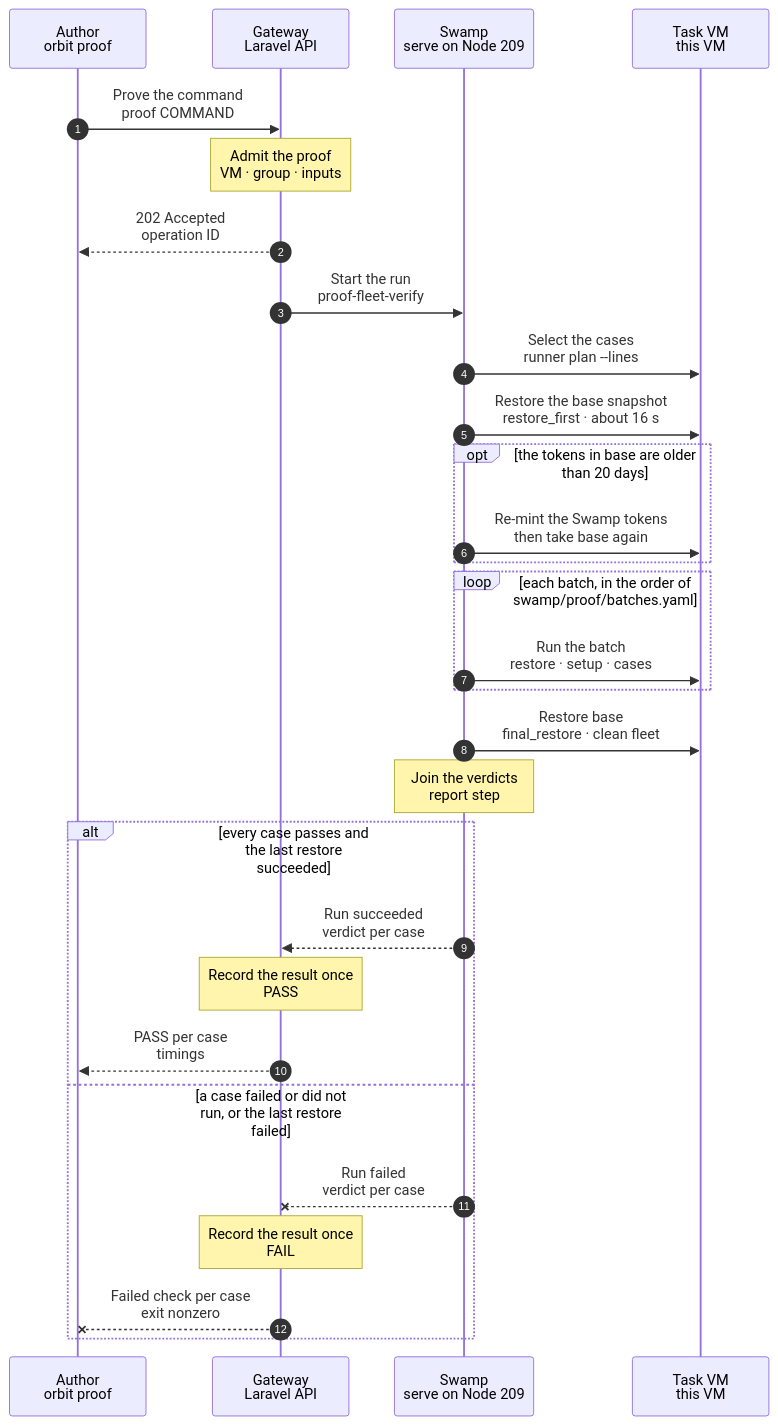
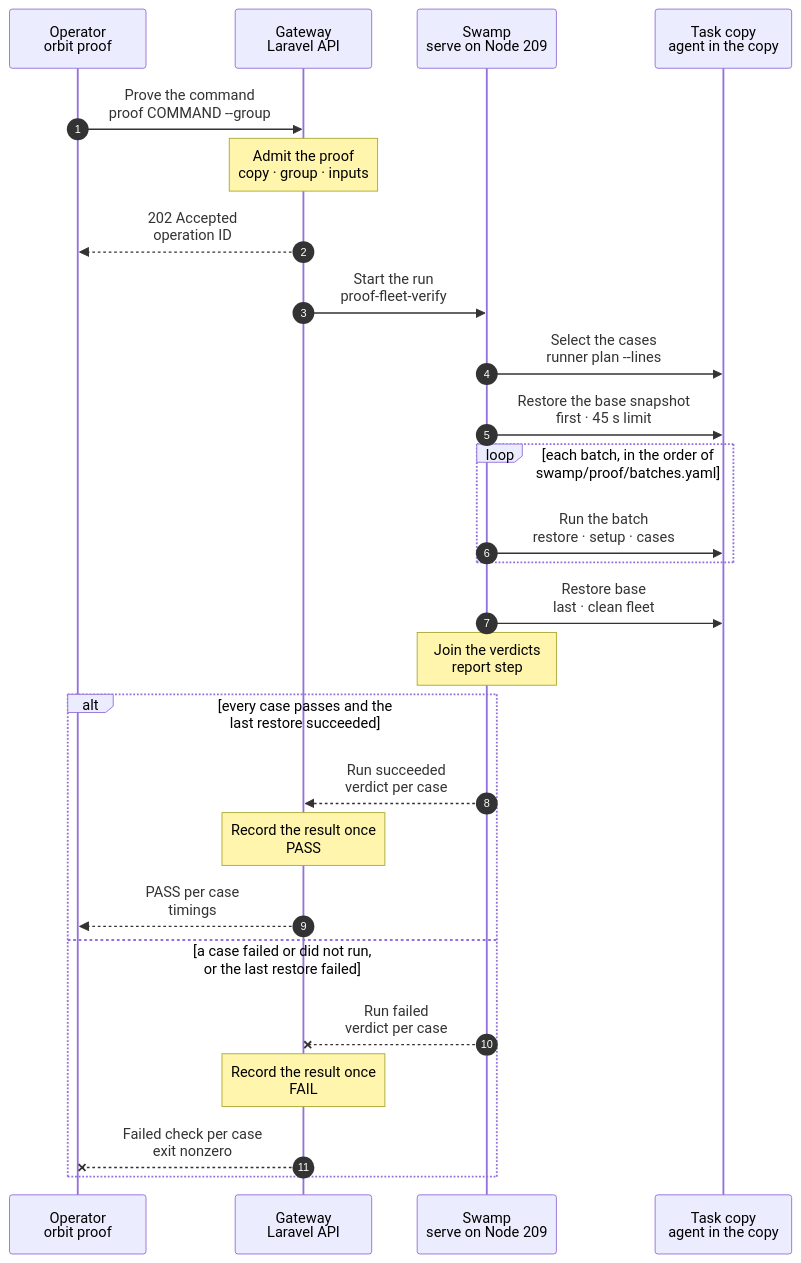
The diagram in docs/cli/proof/proof.mmd (hardimpactdev/orbit), drawn with Mermaid before and after one commit. The commit also changed 11 other files, not shown here.

First line of the commit message:
feat(proof): run orbit proof in a task copy (#3690)

```diff
--- a/docs/cli/proof/proof.mmd
+++ b/docs/cli/proof/proof.mmd
@@ -1,72 +1,54 @@
 sequenceDiagram
-  %% Target design: `orbit proof COMMAND`, the first step of stage 3 of the command development pipeline. The author proves one command on the task VM they work in, with the nested fleet that VM already has and no new VM. The Gateway finds the VM by the calling Node, records the intent and records the verdicts; Orbit's own Swamp runs the workflow `proof-fleet-verify` over SSH, restores `base` first and leaves a clean fleet after. `proof:run` is the CI path on a VM of its own.
+  %% Target design: `orbit proof COMMAND`, the first step of stage 3 of the command development pipeline. The author proves one command in the task copy they work in, with the nested fleet that copy already has and no new copy. The Gateway records the intent and the verdicts; Orbit's own Swamp reaches the copy through its Node and runs the runner in it as `agent`, restores `base` first and leaves a clean fleet after. `proof:run` is the CI path.
   %% status: draft
   %% command: proof
   %% kind: proof.verify
   autonumber
   %% lane CLI icon=terminal pill=caller tone=gray
   %% lane GW icon=gateway pill=intent tone=blue
   %% lane SW icon=workflow pill=executes tone=green
-  %% lane VM icon=server pill=target tone=purple
-  participant CLI as Author<br/>orbit proof
+  %% lane CP icon=server pill=target tone=purple
+  participant CLI as Operator<br/>orbit proof
   participant GW as Gateway<br/>Laravel API
   participant SW as Swamp<br/>serve on Node 209
-  participant VM as Task VM<br/>this VM
-  CLI->>GW: Prove the command<br/>proof COMMAND
+  participant CP as Task copy<br/>agent in the copy
+  CLI->>GW: Prove the command<br/>proof COMMAND --group
   %%> Requirements:
-  %%> - the call comes from a task VM of the Orbit Project that has its owned workspace and no other operation running, except the turn of the agent that calls; the Gateway finds the VM and its group by the calling Node
-  %%> Decided by the orchestrator, for Nick's review (2026-11-06):
-  %%> - the route keeps Gateway access, which no task VM holds; so a Node with Gateway access (an operator machine or the Swamp role) names the task group with `--group`, and the Gateway takes that group instead of the calling Node's
-  %%> Open question for Nick:
-  %%> - may a task VM prove its own group without Gateway access, through a narrower check (the caller is the guest Node of the group's VM)? That changes who may start work, so it waits for Nick
-  %%> - the command names a cases file: `firewall:allow` is `swamp/proof/firewall/allow.cases.yaml` in the VM's own checkout, so the cases run against the code the author has now, committed or not
-  %%> - nested command names are accepted; colons after the family become hyphens in the file name, so `node:role:add` names `swamp/proof/node/role-add.cases.yaml`, using the same lookup as CI
-  %%> What it does:
-  %%> - one command per local run; in CI, `proof:run` balances whole batches across the free CI places and merges their reports
-  %%> Built, not yet passed live:
-  %%> - the command, the admission and the run; the workflow `proof-fleet-verify` and the restore of `base` it uses have not passed a live run yet
-  Note over GW: Admit the proof<br/>VM · group · inputs
+  %%> - the route needs Gateway access, which no copy holds; a Node with Gateway access names the group
+  %%> - the cases come from the copy's own checkout, so they run against the code the author has now, committed or not
+  Note over GW: Admit the proof<br/>copy · group · inputs
   %%> What it records:
-  %%> - the group, the workspace and its checkout path, the pinned SSH target of the VM, the cases file, and two flags for the workflow: `restore_first` and `final_restore`; no step calls back
+  %%> - the copy's Incus project and container, its Node as the SSH target and the cases file; no secret, and no step calls back
   %%> Refuses:
-  %%> - `proof.no_task_vm` when the caller is not a task VM and names no group, `tasks.group_missing` when the named group does not exist, `proof.wrong_project` when its group is not on the Orbit Project, `operation.target_busy` while another operation holds the group, `tasks.no_workspace` without an owned workspace
+  %%> - a group without a copy, a copy that is not active or not running, a Project without a nested fleet, a copy turn that may still run, or another operation on the group
+  %%> - a copy where a proof or an agent turn already ran, until a copy can restore `base`
   GW-->>CLI: 202 Accepted<br/>operation ID
   GW->>SW: Start the run<br/>proof-fleet-verify
+  SW->>CP: Select the cases<br/>runner plan --lines
   %%> What it does:
-  %%> - the Swamp workflow `proof-fleet-verify` is the one that `proof:run` runs as a child on its own VM; this run starts it directly with this VM as input
-  SW->>VM: Select the cases<br/>runner plan --lines
-  %%> What it does:
-  %%> - one line a batch, in the order of `swamp/proof/batches.yaml`; a cases file that is missing or invalid fails the run here, before anything changes in the fleet
-  SW->>VM: Restore the base snapshot<br/>restore_first · about 16 s
-  %%> What it does:
-  %%> - the author's fleet may have moved since the last proof, so the run starts from `base`, with the 45 s limit of every restore; `proof:run` leaves this out, because its VM has just taken `base`
-  opt the tokens in base are older than 20 days
-    SW->>VM: Re-mint the Swamp tokens<br/>then take base again
+  %%> - every runner call goes Node SSH, `incus exec` into the copy, `runuser -u agent`, as a copy turn does; a missing or invalid cases file fails the run here, before the fleet changes
+  SW->>CP: Restore the base snapshot<br/>first · 45 s limit
+  %%> Why:
+  %%> - the author's fleet may have moved since the copy started
+  loop each batch, in the order of swamp/proof/batches.yaml
+    SW->>CP: Run the batch<br/>restore · setup · cases
     %%> What it does:
-    %%> - the same steps as in the proof of CI (stage 3 chart): the step of the provision renews the tokens, readiness is checked, and `base` is taken again so that the batches keep the new tokens
+    %%> - one restore of `base` per batch but the first, the batch start state, then each case with its own resources and no undo
   end
-  loop each batch, in the order of swamp/proof/batches.yaml
-    SW->>VM: Run the batch<br/>restore · setup · cases
-    %%> What it does:
-    %%> - as in stage 3: one restore of `base` per batch but the first, the batch start state, then each case with its own resources and no undo; a case that did not pass triggers a restore
-  end
-  SW->>VM: Restore base<br/>final_restore · clean fleet
-  %%> What it does:
-  %%> - the author keeps working on a clean fleet that runs the latest code; nothing switches back
-  %%> - it runs after a failed case and after a step that stopped the run; a run that is cancelled leaves the fleet as it is, and the next proof restores `base` first
+  SW->>CP: Restore base<br/>last · clean fleet
+  %%> When:
+  %%> - also after a failed case or a stopped run; a cancelled run leaves the fleet as it is
   Note over SW: Join the verdicts<br/>report step
   %%> What it does:
   %%> - one line a case, in plan order; a case of a batch that did not run is `unrun` with cause `infrastructure`
   alt every case passes and the last restore succeeded
     SW-->>GW: Run succeeded<br/>verdict per case
     Note over GW: Record the result once<br/>PASS
     GW-->>CLI: PASS per case<br/>timings
   else a case failed or did not run, or the last restore failed
     SW--xGW: Run failed<br/>verdict per case
     Note over GW: Record the result once<br/>FAIL
     GW--xCLI: Failed check per case<br/>exit nonzero
     %%> Result:
-    %%> - `proof.head_behind_platform` before any restore, when the checkout lacks a platform change that `origin/main` has, and `proof.sync_needed` when it has no `origin/main` to compare with (run `task:sync`); neither is built yet (stage 3 chart, "Check the head")
-    %%> - `proof.cases_failed` when a case failed or did not run after some case ran; `proof.run_failed` when no case ran; `proof.restore_failed` when every case passed and the last restore failed, so the fleet is not clean
-    %%> - the receipt of each case stays in the VM's evidence directory (`.orbit-artifacts/GROUP/verify`)
+    %%> - `proof.cases_failed`, `proof.run_failed` or `proof.restore_failed`; the receipt of each case stays in the copy's evidence directory
   end
```
